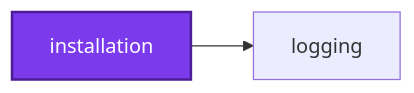
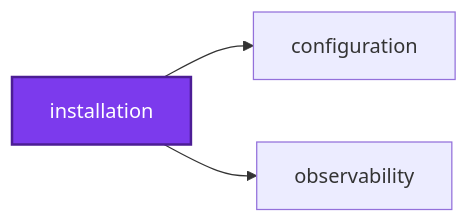
The first of 3 diagrams in installation/README.md (organizzolini/codebase), drawn with Mermaid before and after one commit. The commit also changed 68 other files, not shown here.

````diff
--- a/installation/README.md
+++ b/installation/README.md
@@ -237,8 +237,10 @@
 ```mermaid
 graph LR
+  configuration["configuration"]
   installation["installation"]
-  logging["logging"]
-  installation --> logging
+  observability["observability"]
+  installation --> configuration
+  installation --> observability
   classDef subject fill:#7c3aed,color:#fff,stroke:#4c1d95,stroke-width:2px
   class installation subject
 ```
````
